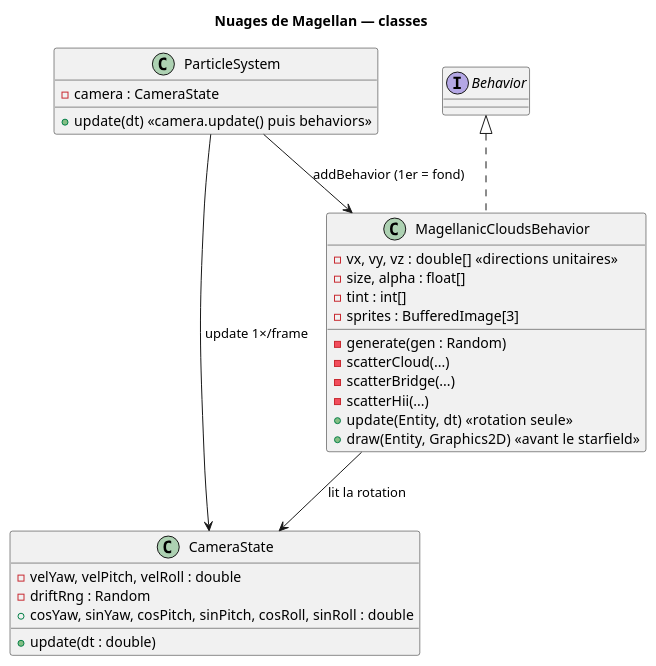
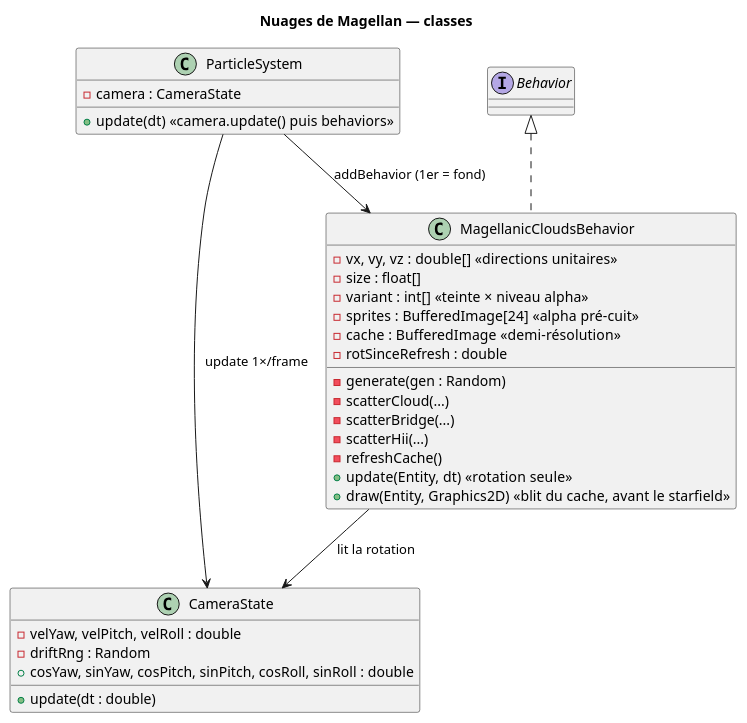
Before and after one commit to mcgivrer/demo001-arm64: the second of 3 diagrams in src/docs/11-magellanic-clouds.md, drawn with PlantUML. The commit also changed other lines of this file and 6 other files, not shown here.

````diff
--- a/src/docs/11-magellanic-clouds.md
+++ b/src/docs/11-magellanic-clouds.md
@@ -122,37 +122,40 @@
 ```plantuml
 @startuml
 title Nuages de Magellan — classes
 
 class ParticleSystem {
     - camera : CameraState
     + update(dt)  «camera.update() puis behaviors»
 }
 
 class CameraState {
     - velYaw, velPitch, velRoll : double
     - driftRng : Random
     + cosYaw, sinYaw, cosPitch, sinPitch, cosRoll, sinRoll : double
     + update(dt : double)
 }
 
 class MagellanicCloudsBehavior {
     - vx, vy, vz : double[]  «directions unitaires»
-    - size, alpha : float[]
-    - tint : int[]
-    - sprites : BufferedImage[3]
+    - size : float[]
+    - variant : int[]  «teinte × niveau alpha»
+    - sprites : BufferedImage[24]  «alpha pré-cuit»
+    - cache : BufferedImage  «demi-résolution»
+    - rotSinceRefresh : double
     - generate(gen : Random)
     - scatterCloud(...)
     - scatterBridge(...)
     - scatterHii(...)
+    - refreshCache()
     + update(Entity, dt)  «rotation seule»
-    + draw(Entity, Graphics2D)  «avant le starfield»
+    + draw(Entity, Graphics2D)  «blit du cache, avant le starfield»
 }
 
 interface Behavior
 
 Behavior <|.. MagellanicCloudsBehavior
 ParticleSystem --> CameraState : update 1×/frame
 ParticleSystem --> MagellanicCloudsBehavior : addBehavior (1er = fond)
 MagellanicCloudsBehavior --> CameraState : lit la rotation
 @enduml
 ```
````
